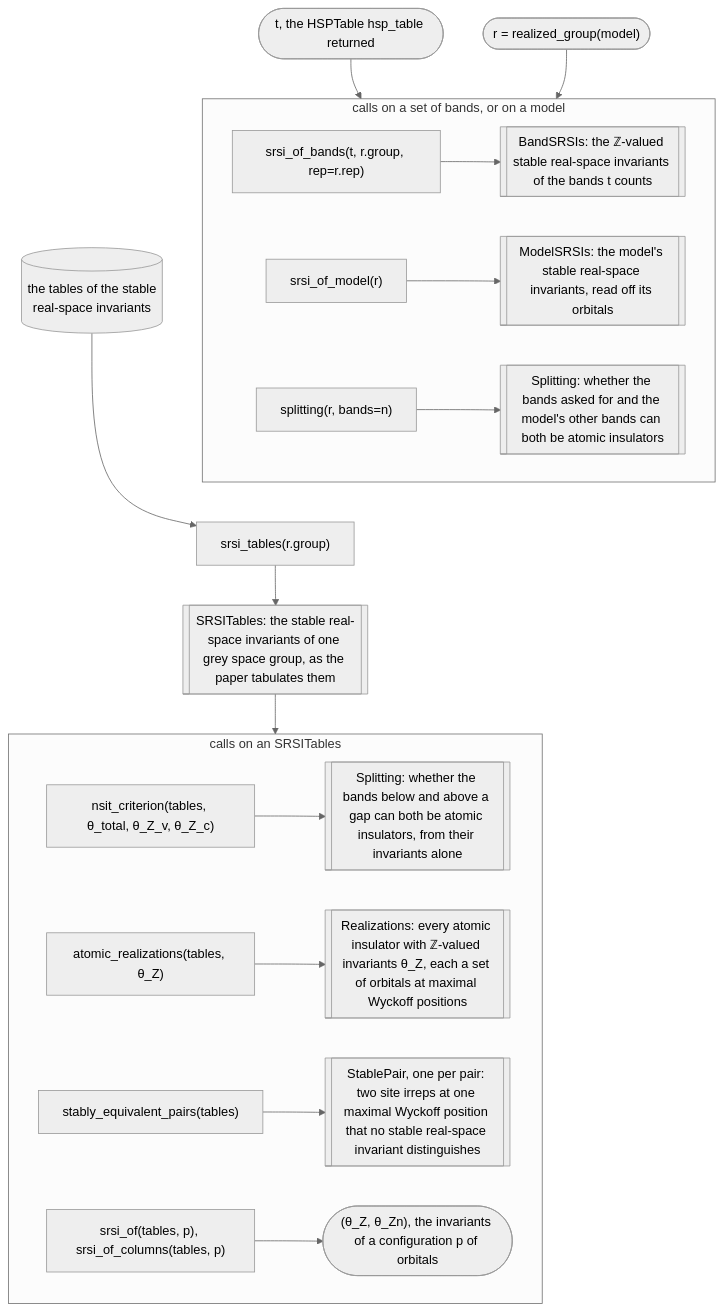
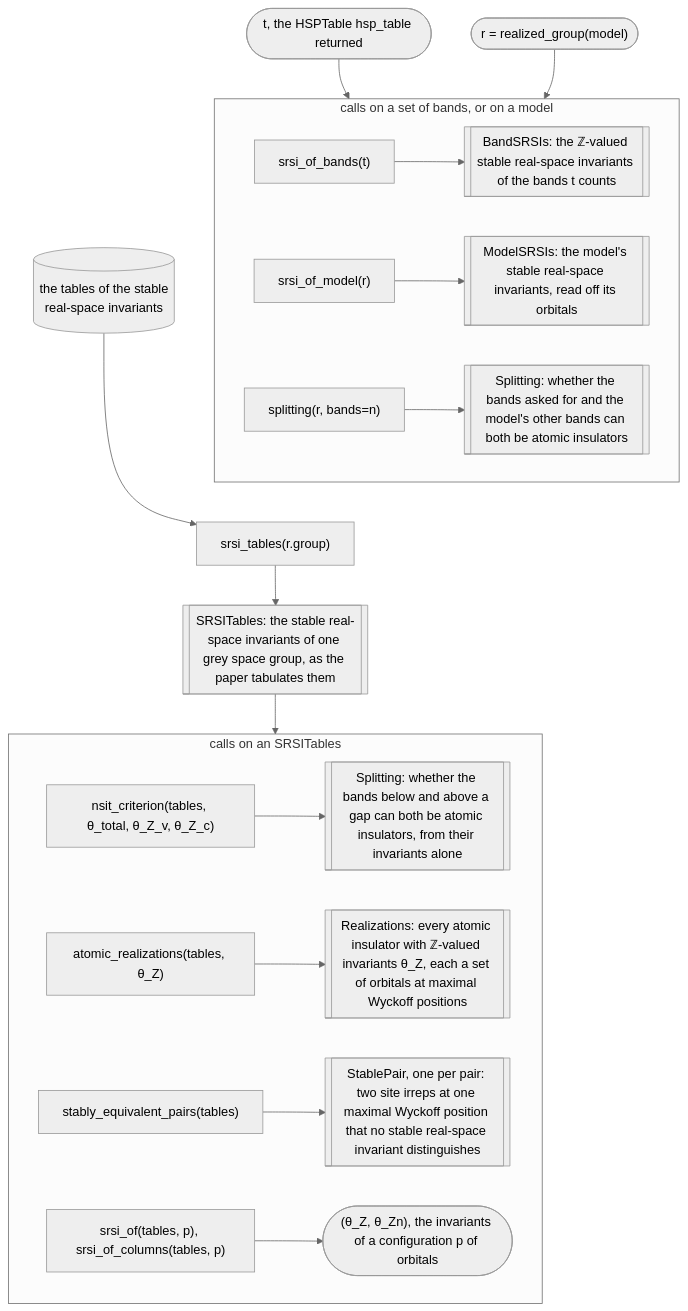
One commit to bbradlyn/pythtqc changed the eighth of 8 diagrams in docs/background/modules.md. Above: the diagram before and after it, drawn with Mermaid (neutral theme). The commit also changed other lines of this file and 30 other files, not shown here.

First line of the commit message:
pythtqc: a table is read in the group it carries, and the SRSI formulas written out

````diff
--- a/docs/background/modules.md
+++ b/docs/background/modules.md
@@ -269,29 +267,29 @@
 ```mermaid
 flowchart TD
     i_t(["t, the HSPTable hsp_table returned"])
     i_r(["r = realized_group(model)"])
     i_data[("the tables of the stable<br/>real-space invariants")]
     i_tables["srsi_tables(r.group)"]
     i_ST[["SRSITables: the stable real-space invariants of one grey space group, as the paper tabulates them"]]
 
     i_t --> i_band_calls
     i_r --> i_band_calls
     i_band_calls ~~~ i_tables
     i_data --> i_tables --> i_ST
     i_ST --> i_table_calls
 
     subgraph i_band_calls ["calls on a set of bands, or on a model"]
         direction LR
-        i_bands["srsi_of_bands(t, r.group, rep=r.rep)"] --> i_B[["BandSRSIs: the ℤ-valued stable real-space invariants of the bands t counts"]]
+        i_bands["srsi_of_bands(t)"] --> i_B[["BandSRSIs: the ℤ-valued stable real-space invariants of the bands t counts"]]
         i_model["srsi_of_model(r)"] --> i_M[["ModelSRSIs: the model's stable real-space invariants, read off its orbitals"]]
         i_split["splitting(r, bands=n)"] --> i_S[["Splitting: whether the bands asked for and the model's other bands can both be atomic insulators"]]
     end
 
     subgraph i_table_calls ["calls on an SRSITables"]
         direction LR
         i_nsit["nsit_criterion(tables, θ_total, θ_Z_v, θ_Z_c)"] --> i_S2[["Splitting: whether the bands below and above a gap can both be atomic insulators, from their invariants alone"]]
         i_ar["atomic_realizations(tables, θ_Z)"] --> i_RZ[["Realizations: every atomic insulator with ℤ-valued invariants θ_Z, each a set of orbitals at maximal Wyckoff positions"]]
         i_pairs["stably_equivalent_pairs(tables)"] --> i_SP[["StablePair, one per pair: two site irreps at one maximal Wyckoff position that no stable real-space invariant distinguishes"]]
         i_of["srsi_of(tables, p), srsi_of_columns(tables, p)"] --> i_of_out(["(θ_Z, θ_Zn), the invariants of a configuration p of orbitals"])
     end
 ```
````
